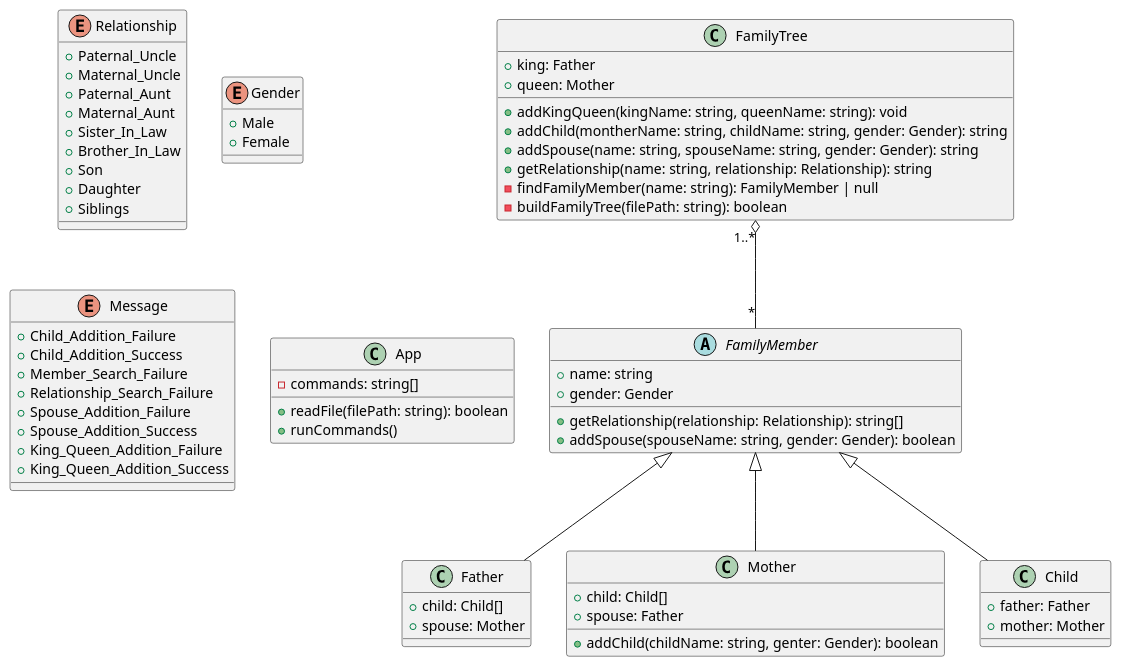
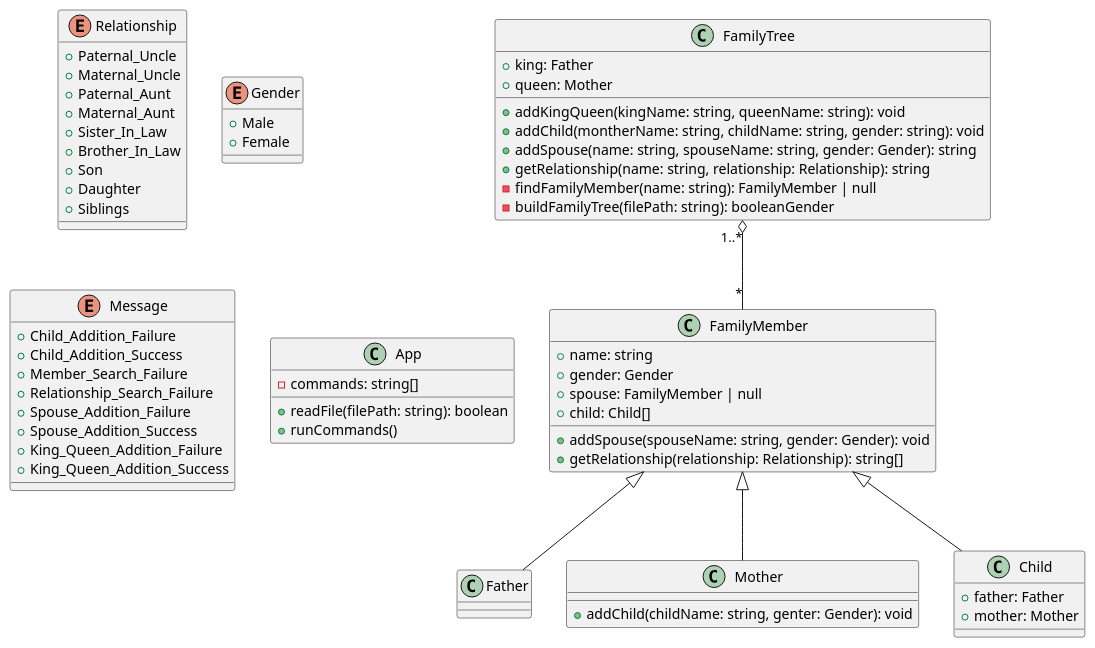
The diagram in uml/class-diagram.puml (evaou/family-tree), drawn with PlantUML before and after one commit. The commit also changed 2 other files, not shown here.

Commit message:
refactor family member

```diff
--- a/uml/class-diagram.puml
+++ b/uml/class-diagram.puml
@@ -1,77 +1,75 @@
-@startuml class diagram 
+@startuml class diagram
 
 enum Relationship {
-   +Paternal_Uncle 
-   +Maternal_Uncle
-   +Paternal_Aunt
-   +Maternal_Aunt
-   +Sister_In_Law
-   +Brother_In_Law
-   +Son
-   +Daughter
-   +Siblings
+    +Paternal_Uncle
+    +Maternal_Uncle
+    +Paternal_Aunt
+    +Maternal_Aunt
+    +Sister_In_Law
+    +Brother_In_Law
+    +Son
+    +Daughter
+    +Siblings
 }
 
 enum Gender {
     +Male
     +Female
 }
 
 enum Message {
     +Child_Addition_Failure
     +Child_Addition_Success
     +Member_Search_Failure
     +Relationship_Search_Failure
     +Spouse_Addition_Failure
     +Spouse_Addition_Success
     +King_Queen_Addition_Failure
     +King_Queen_Addition_Success
 }
 
 class App {
     -commands: string[]
     +readFile(filePath: string): boolean
     +runCommands()
 }
 
 class FamilyTree {
     +king: Father
     +queen: Mother
     +addKingQueen(kingName: string, queenName: string): void
-    +addChild(montherName: string, childName: string, gender: Gender): string
+    +addChild(montherName: string, childName: string, gender: string): void
     +addSpouse(name: string, spouseName: string, gender: Gender): string
     +getRelationship(name: string, relationship: Relationship): string
     -findFamilyMember(name: string): FamilyMember | null
-    -buildFamilyTree(filePath: string): boolean
+    -buildFamilyTree(filePath: string): booleanGender
 }
 
-abstract FamilyMember {
+class FamilyMember {
     +name: string
     +gender: Gender
+    +spouse: FamilyMember | null
+    +child: Child[]
+    +addSpouse(spouseName: string, gender: Gender): void
     +getRelationship(relationship: Relationship): string[]
-    +addSpouse(spouseName: string, gender: Gender): boolean
 }
 
 class Father {
-    +child: Child[]
-    +spouse: Mother
 }
 
 class Mother {
-    +child: Child[]
-    +spouse: Father 
-    +addChild(childName: string, genter: Gender): boolean
+    +addChild(childName: string, genter: Gender): void
 }
 
 class Child {
     +father: Father
     +mother: Mother
 }
 
 FamilyTree "1..*" o-- "*" FamilyMember
 
 FamilyMember <|-- Father
 FamilyMember <|--  Mother
-FamilyMember <|--  Child 
+FamilyMember <|--  Child
 
 @enduml
```
